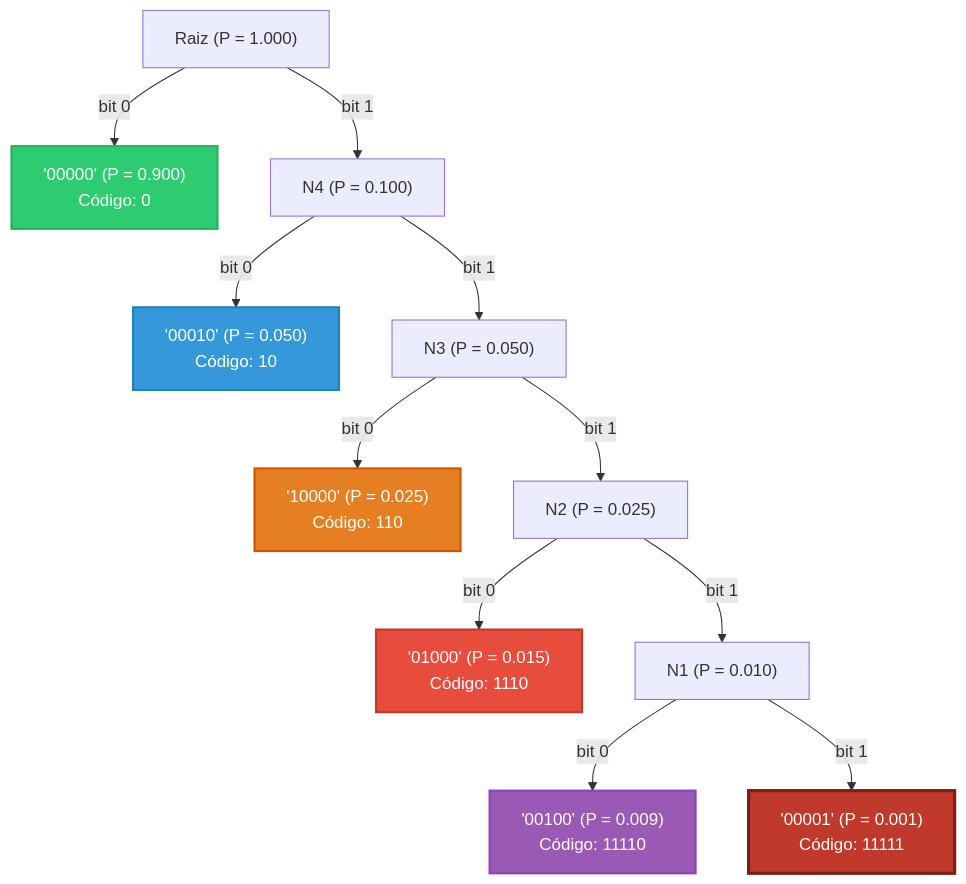
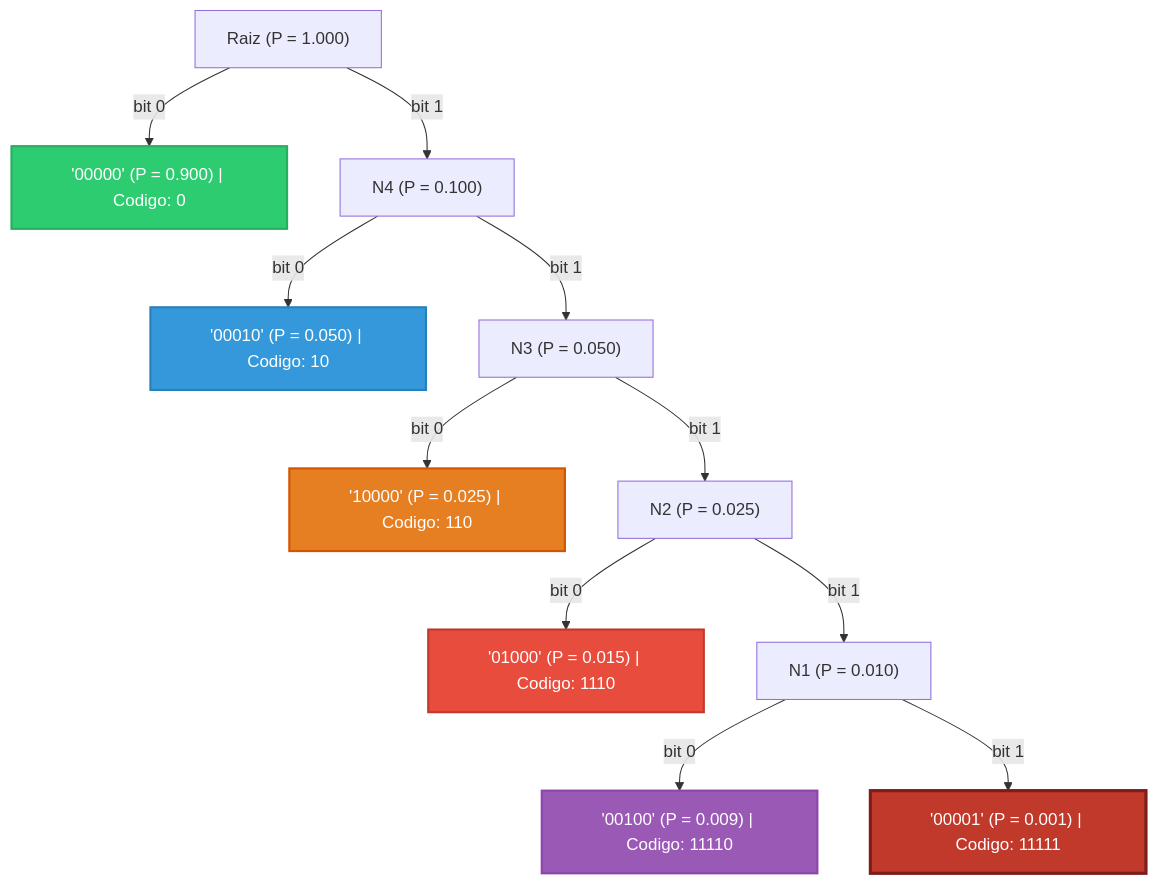
One commit to igorfantucci/Aula-Automatica---GRUPO-5 changed the diagram in etapa-03-arvores/Aula 20 - Algoritmo de Huffman.md. Above: the diagram before and after it, drawn with Mermaid. The commit also changed 1 other file, not shown here.

Commit message:
Mudança aula 19 e 20

````diff
--- a/etapa-03-arvores/Aula 20 - Algoritmo de Huffman.md
+++ b/etapa-03-arvores/Aula 20 - Algoritmo de Huffman.md
@@ -74,25 +74,25 @@
 ```mermaid
 graph TD
     ROOT["Raiz (P = 1.000)"]
-    ROOT -->|bit 0| S_00000["'00000' (P = 0.900)<br>Código: 0"]
-    ROOT -->|bit 1| N4["N4 (P = 0.100)"]
+    ROOT -->|"bit 0"| S_00000["'00000' (P = 0.900) | Codigo: 0"]
+    ROOT -->|"bit 1"| N4["N4 (P = 0.100)"]
 
-    N4 -->|bit 0| S_00010["'00010' (P = 0.050)<br>Código: 10"]
-    N4 -->|bit 1| N3["N3 (P = 0.050)"]
+    N4 -->|"bit 0"| S_00010["'00010' (P = 0.050) | Codigo: 10"]
+    N4 -->|"bit 1"| N3["N3 (P = 0.050)"]
 
-    N3 -->|bit 0| S_10000["'10000' (P = 0.025)<br>Código: 110"]
-    N3 -->|bit 1| N2["N2 (P = 0.025)"]
+    N3 -->|"bit 0"| S_10000["'10000' (P = 0.025) | Codigo: 110"]
+    N3 -->|"bit 1"| N2["N2 (P = 0.025)"]
 
-    N2 -->|bit 0| S_01000["'01000' (P = 0.015)<br>Código: 1110"]
-    N2 -->|bit 1| N1["N1 (P = 0.010)"]
+    N2 -->|"bit 0"| S_01000["'01000' (P = 0.015) | Codigo: 1110"]
+    N2 -->|"bit 1"| N1["N1 (P = 0.010)"]
 
-    N1 -->|bit 0| S_00100["'00100' (P = 0.009)<br>Código: 11110"]
-    N1 -->|bit 1| S_00001["'00001' (P = 0.001)<br>Código: 11111"]
+    N1 -->|"bit 0"| S_00100["'00100' (P = 0.009) | Codigo: 11110"]
+    N1 -->|"bit 1"| S_00001["'00001' (P = 0.001) | Codigo: 11111"]
 
     style S_00000 fill:#2ecc71,stroke:#27ae60,stroke-width:2px,color:#fff
     style S_00010 fill:#3498db,stroke:#2980b9,stroke-width:2px,color:#fff
     style S_10000 fill:#e67e22,stroke:#d35400,stroke-width:2px,color:#fff
     style S_01000 fill:#e74c3c,stroke:#c0392b,stroke-width:2px,color:#fff
     style S_00100 fill:#9b59b6,stroke:#8e44ad,stroke-width:2px,color:#fff
     style S_00001 fill:#c0392b,stroke:#7f1d1d,stroke-width:3px,color:#fff
 ```
````
